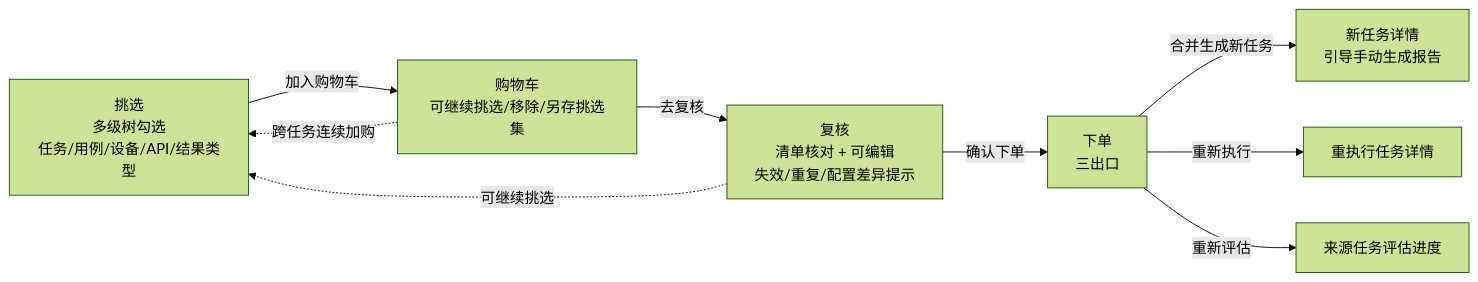
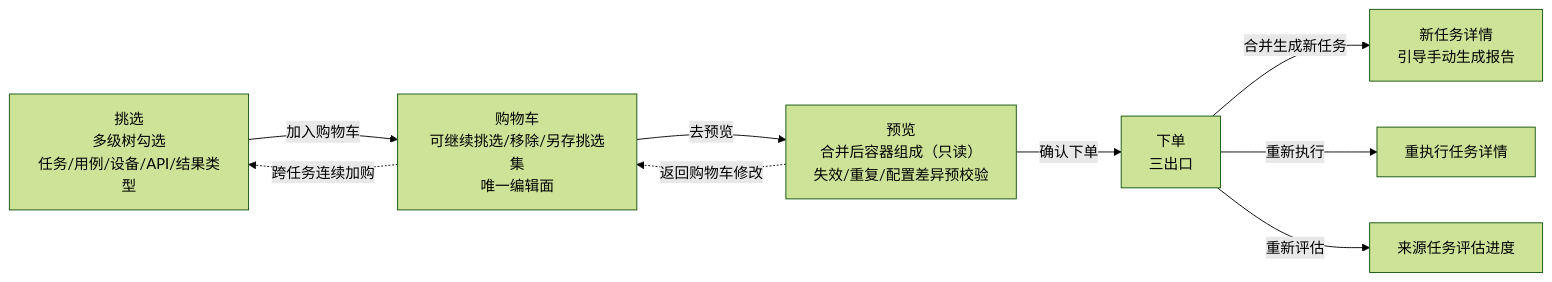
The sixth of 7 diagrams in Intelligent-Audio-TEST/doc/UX设计规范/18_挑选合并功能交互重设计.md (ydz-auto/intelligent_audio_test), drawn with Mermaid (forest theme) before and after one commit. The commit also changed other lines of this file and 2 other files, not shown here.

````diff
--- a/Intelligent-Audio-TEST/doc/UX设计规范/18_挑选合并功能交互重设计.md
+++ b/Intelligent-Audio-TEST/doc/UX设计规范/18_挑选合并功能交互重设计.md
@@ -591,11 +591,11 @@
 ```mermaid
 flowchart LR
-    A[挑选<br/>多级树勾选<br/>任务/用例/设备/API/结果类型] -->|加入购物车| B[购物车<br/>可继续挑选/移除/另存挑选集]
-    B -->|去复核| C[复核<br/>清单核对 + 可编辑<br/>失效/重复/配置差异提示]
+    A[挑选<br/>多级树勾选<br/>任务/用例/设备/API/结果类型] -->|加入购物车| B[购物车<br/>可继续挑选/移除/另存挑选集<br/>唯一编辑面]
+    B -->|去预览| C[预览<br/>合并后容器组成（只读）<br/>失效/重复/配置差异预校验]
     C -->|确认下单| D[下单<br/>三出口]
     D -->|合并生成新任务| E[新任务详情<br/>引导手动生成报告]
     D -->|重新执行| F[重执行任务详情]
     D -->|重新评估| G[来源任务评估进度]
-    C -.可继续挑选.-> A
+    C -.返回购物车修改.-> B
     B -.跨任务连续加购.-> A
 ```
````
